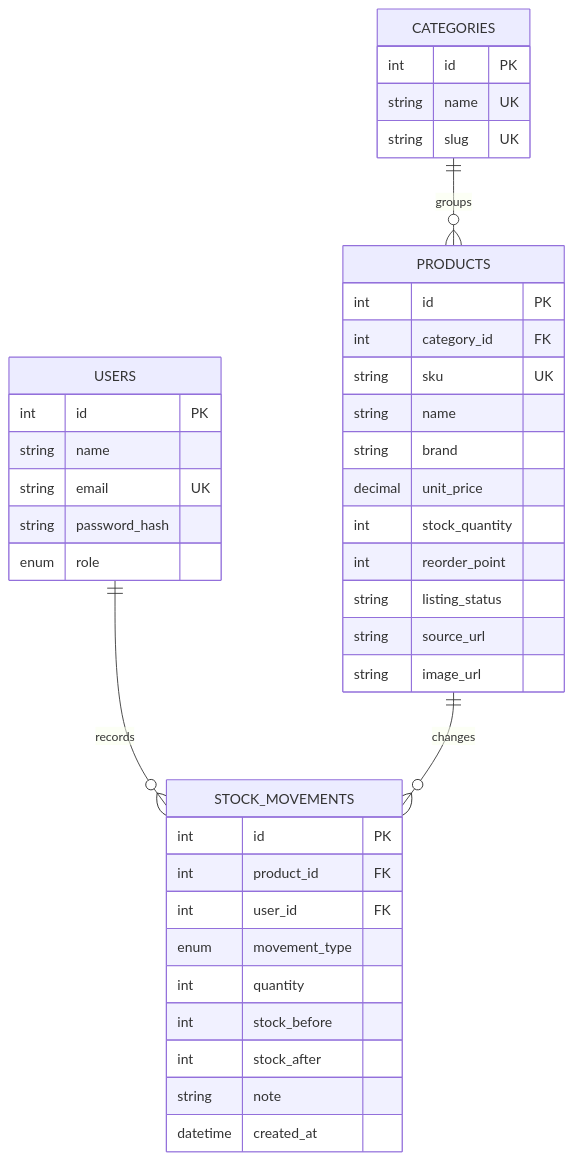
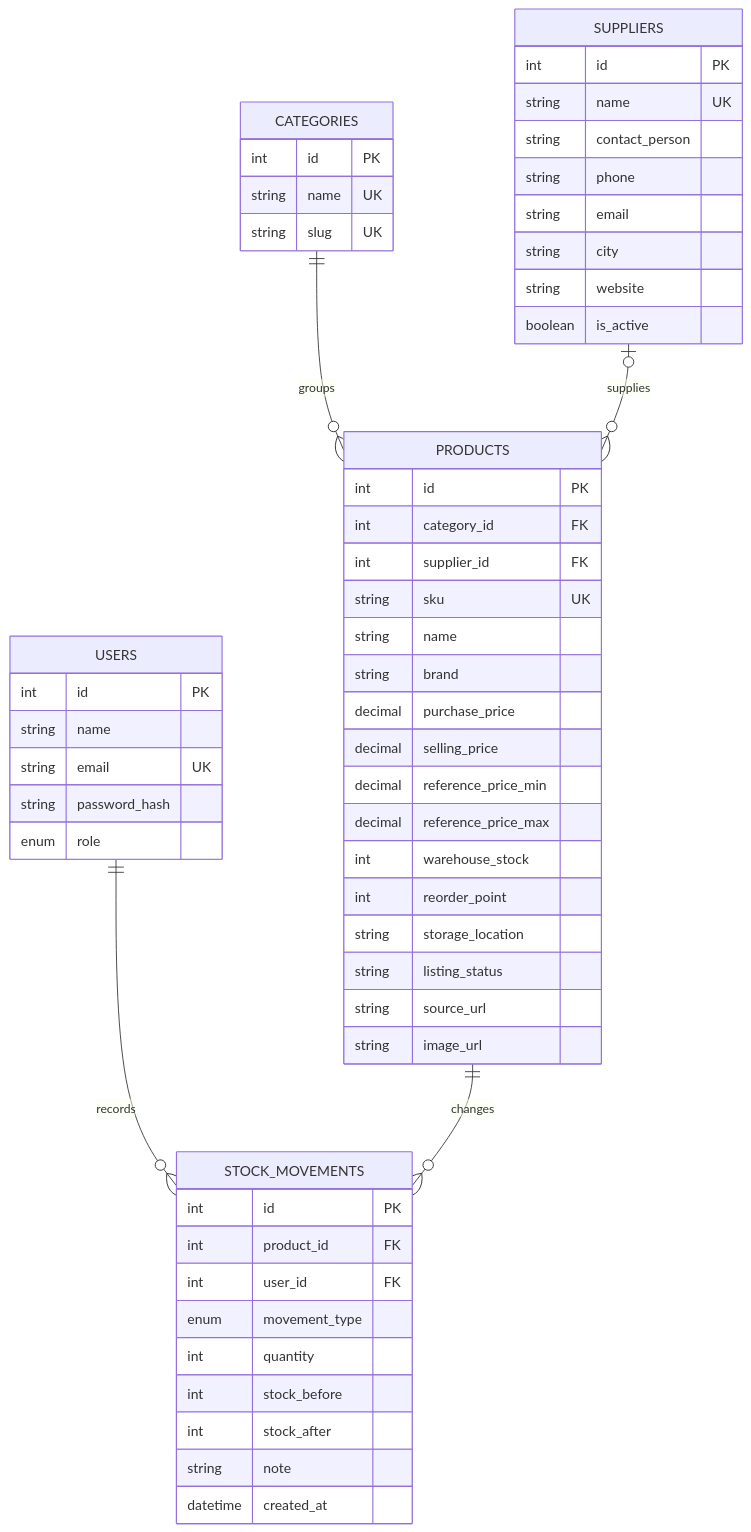
Before and after one commit to muhwal21/mechanical-keyboard-inventory: the diagram in docs/erd.mmd, drawn with Mermaid. The commit also changed 10 other files, not shown here.

```diff
--- a/docs/erd.mmd
+++ b/docs/erd.mmd
@@ -1,41 +1,57 @@
 erDiagram
   USERS ||--o{ STOCK_MOVEMENTS : records
   PRODUCTS ||--o{ STOCK_MOVEMENTS : changes
   CATEGORIES ||--o{ PRODUCTS : groups
+  SUPPLIERS o|--o{ PRODUCTS : supplies
 
   USERS {
     int id PK
     string name
     string email UK
     string password_hash
     enum role
   }
   CATEGORIES {
     int id PK
     string name UK
     string slug UK
   }
   PRODUCTS {
     int id PK
     int category_id FK
+    int supplier_id FK
     string sku UK
     string name
     string brand
-    decimal unit_price
-    int stock_quantity
+    decimal purchase_price
+    decimal selling_price
+    decimal reference_price_min
+    decimal reference_price_max
+    int warehouse_stock
     int reorder_point
+    string storage_location
     string listing_status
     string source_url
     string image_url
+  }
+  SUPPLIERS {
+    int id PK
+    string name UK
+    string contact_person
+    string phone
+    string email
+    string city
+    string website
+    boolean is_active
   }
   STOCK_MOVEMENTS {
     int id PK
     int product_id FK
     int user_id FK
     enum movement_type
     int quantity
     int stock_before
     int stock_after
     string note
     datetime created_at
   }
```
